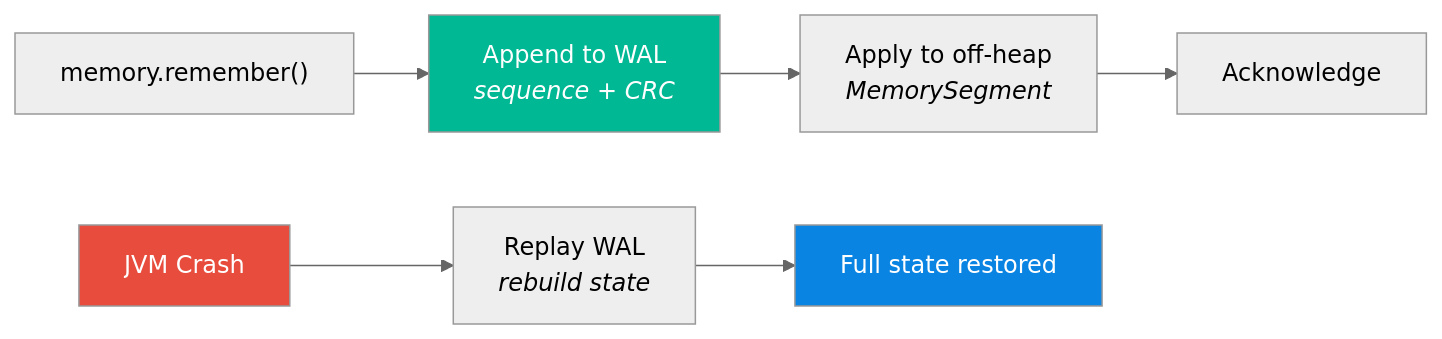
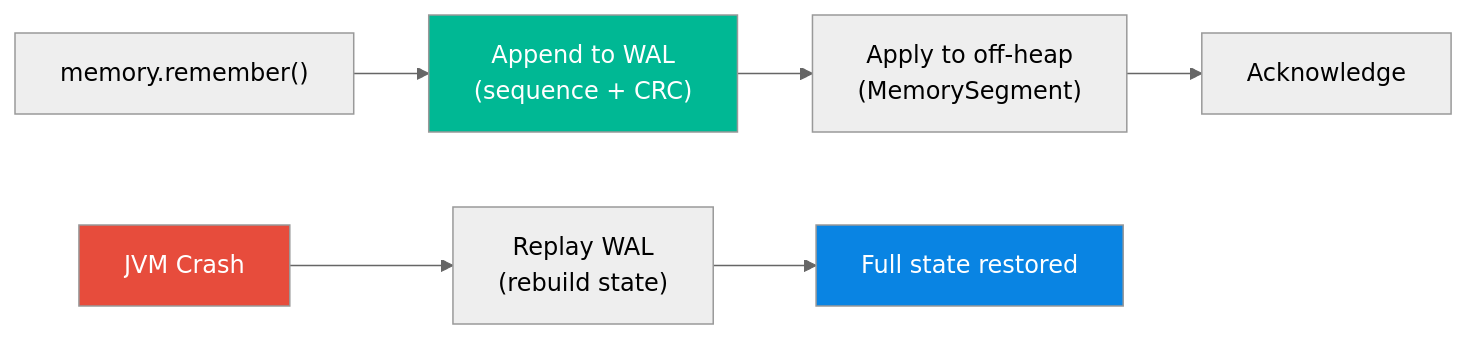
One commit to spectrayan/spector changed the first of 5 diagrams in docs/docs/memory/sync.md. Above: the diagram before and after it, drawn with Mermaid (neutral theme). The commit also changed other lines of this file and 120 other files, not shown here.

````diff
--- a/docs/docs/memory/sync.md
+++ b/docs/docs/memory/sync.md
@@ -16,13 +16,13 @@
 ```mermaid
 flowchart LR
-    WRITE["memory.remember()"] --> WAL["Append to WAL<br/><i>sequence + CRC</i>"]
-    WAL --> STORE["Apply to off-heap<br/><i>MemorySegment</i>"]
+    WRITE["memory.remember()"] --> WAL["Append to WAL\n(sequence + CRC)"]
+    WAL --> STORE["Apply to off-heap\n(MemorySegment)"]
     STORE --> ACK["Acknowledge"]
 
-    CRASH["JVM Crash"] --> RECOVER["Replay WAL<br/><i>rebuild state</i>"]
+    CRASH["JVM Crash"] --> RECOVER["Replay WAL\n(rebuild state)"]
     RECOVER --> RESTORED["Full state restored"]
 
     style WAL fill:#00b894,color:white
     style CRASH fill:#e74c3c,color:white
     style RESTORED fill:#0984e3,color:white
 ```
````
